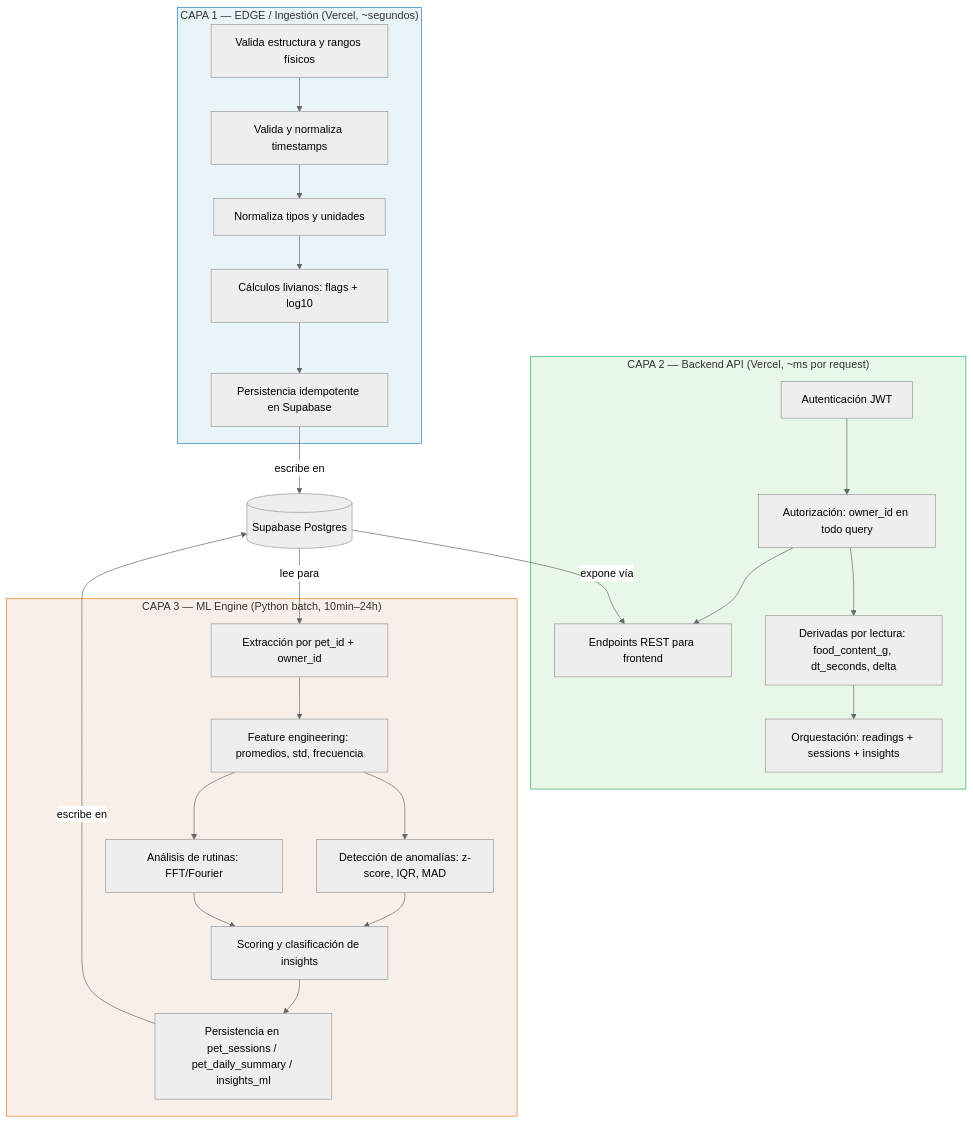
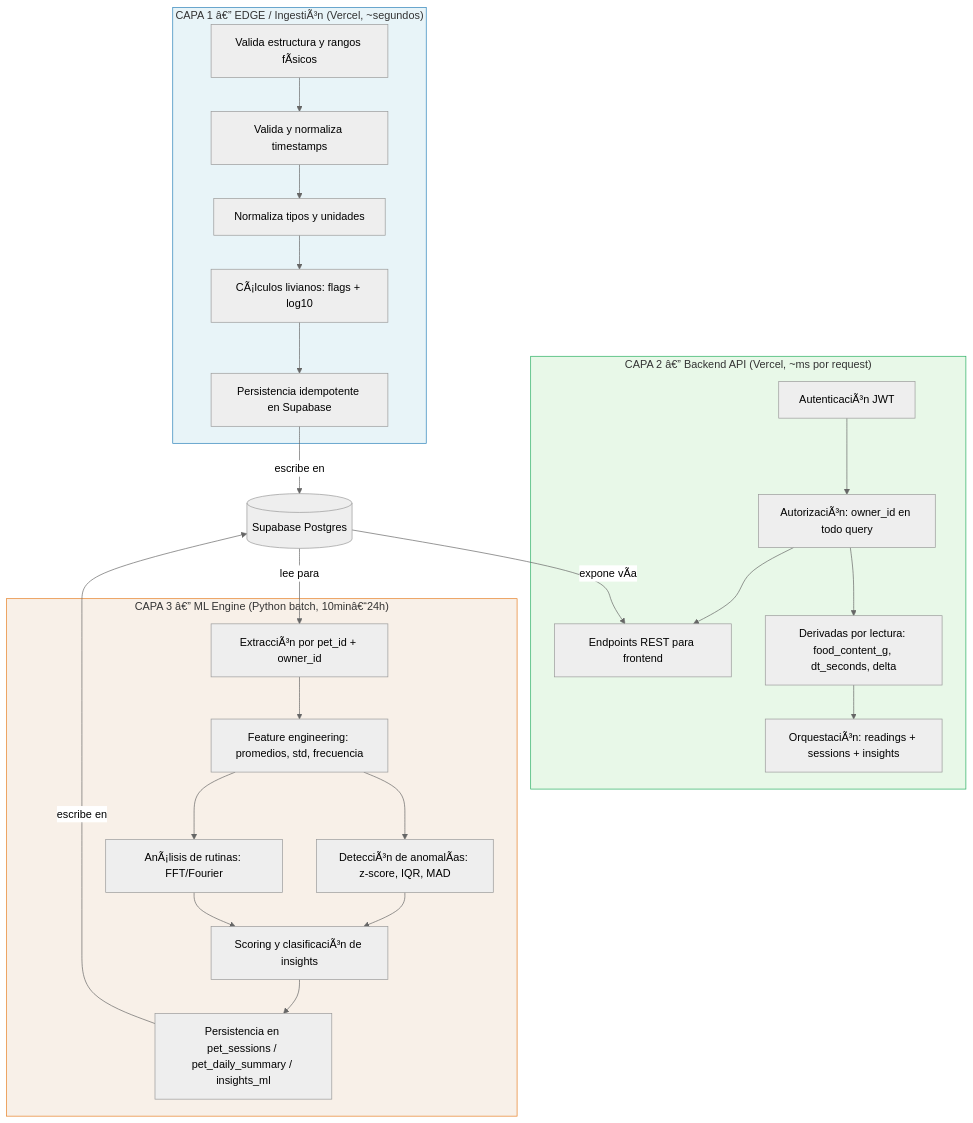
One commit to kittypau-mascotas/kittypau_2026 changed the first of 6 diagrams in Docs/KittyPau_Arquitectura_Datos_v3.md. Above: the diagram before and after it, drawn with Mermaid (neutral theme). The commit also changed other lines of this file and 6 other files, not shown here.

````diff
--- a/Docs/KittyPau_Arquitectura_Datos_v3.md
+++ b/Docs/KittyPau_Arquitectura_Datos_v3.md
@@ -30,43 +32,43 @@
 ```mermaid
 graph TD
-    subgraph CAPA1["CAPA 1 — EDGE / Ingestión (Vercel, ~segundos)"]
-        A1[Valida estructura y rangos físicos]
+    subgraph CAPA1["CAPA 1 â€” EDGE / IngestiÃ³n (Vercel, ~segundos)"]
+        A1[Valida estructura y rangos fÃ­sicos]
         A2[Valida y normaliza timestamps]
         A3[Normaliza tipos y unidades]
-        A4[Cálculos livianos: flags + log10]
+        A4[CÃ¡lculos livianos: flags + log10]
         A5[Persistencia idempotente en Supabase]
         A1 --> A2 --> A3 --> A4 --> A5
     end
 
-    subgraph CAPA2["CAPA 2 — Backend API (Vercel, ~ms por request)"]
-        B1[Autenticación JWT]
-        B2[Autorización: owner_id en todo query]
+    subgraph CAPA2["CAPA 2 â€” Backend API (Vercel, ~ms por request)"]
+        B1[AutenticaciÃ³n JWT]
+        B2[AutorizaciÃ³n: owner_id en todo query]
         B3[Endpoints REST para frontend]
         B4[Derivadas por lectura: food_content_g, dt_seconds, delta]
-        B5[Orquestación: readings + sessions + insights]
+        B5[OrquestaciÃ³n: readings + sessions + insights]
         B1 --> B2 --> B3
         B2 --> B4
         B4 --> B5
     end
 
-    subgraph CAPA3["CAPA 3 — ML Engine (Python batch, 10min–24h)"]
-        C1[Extracción por pet_id + owner_id]
+    subgraph CAPA3["CAPA 3 â€” ML Engine (Python batch, 10minâ€“24h)"]
+        C1[ExtracciÃ³n por pet_id + owner_id]
         C2[Feature engineering: promedios, std, frecuencia]
-        C3[Detección de anomalías: z-score, IQR, MAD]
-        C4[Análisis de rutinas: FFT/Fourier]
-        C5[Scoring y clasificación de insights]
+        C3[DetecciÃ³n de anomalÃ­as: z-score, IQR, MAD]
+        C4[AnÃ¡lisis de rutinas: FFT/Fourier]
+        C5[Scoring y clasificaciÃ³n de insights]
         C6[Persistencia en pet_sessions / pet_daily_summary / insights_ml]
         C1 --> C2 --> C3 --> C5
         C2 --> C4 --> C5
         C5 --> C6
     end
 
     A5 -->|escribe en| DB[(Supabase Postgres)]
     DB -->|lee para| C1
     C6 -->|escribe en| DB
-    DB -->|expone vía| B3
+    DB -->|expone vÃ­a| B3
 
     style CAPA1 fill:#e8f4f8,stroke:#2980b9
     style CAPA2 fill:#e8f8e8,stroke:#27ae60
     style CAPA3 fill:#f8f0e8,stroke:#e67e22
 ```
````
